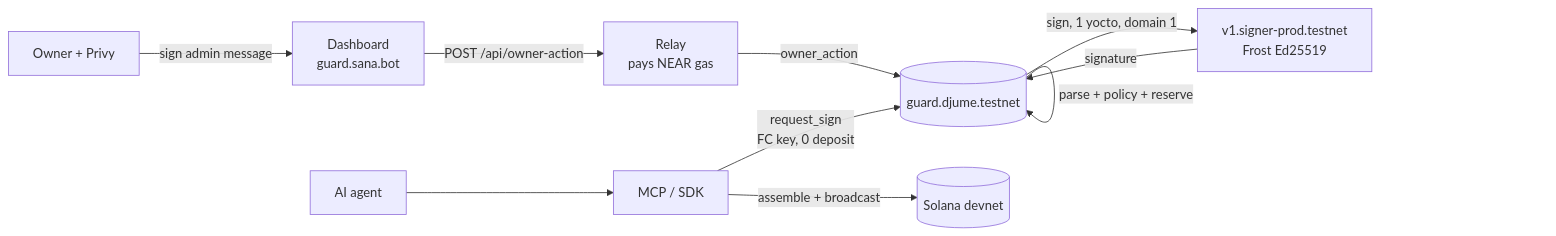
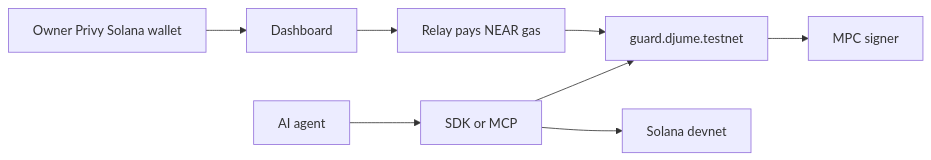
Before and after one commit to 0xjume/sana-guard: the first of 2 diagrams in README.md, drawn with Mermaid. The commit also changed other lines of this file and 1 other file, not shown here.

````diff
--- a/README.md
+++ b/README.md
@@ -21,12 +45,10 @@
 ```mermaid
 flowchart LR
-  Owner[Owner + Privy] -->|sign admin message| Dash[Dashboard<br/>guard.sana.bot]
-  Dash -->|POST /api/owner-action| Relay[Relay<br/>pays NEAR gas]
-  Relay -->|owner_action| Guard[(guard.djume.testnet)]
-  Agent[AI agent] --> MCP[MCP / SDK]
-  MCP -->|request_sign<br/>FC key, 0 deposit| Guard
-  Guard -->|parse + policy + reserve| Guard
-  Guard -->|sign, 1 yocto, domain 1| MPC[v1.signer-prod.testnet<br/>Frost Ed25519]
-  MPC -->|signature| Guard
-  MCP -->|assemble + broadcast| Sol[(Solana devnet)]
+  Owner["Owner Privy Solana wallet"] --> Dash["Dashboard"]
+  Dash --> Relay["Relay pays NEAR gas"]
+  Relay --> Guard["guard.djume.testnet"]
+  Agent["AI agent"] --> Client["SDK or MCP"]
+  Client --> Guard
+  Guard --> Mpc["MPC signer"]
+  Client --> Solana["Solana devnet"]
 ```
````
